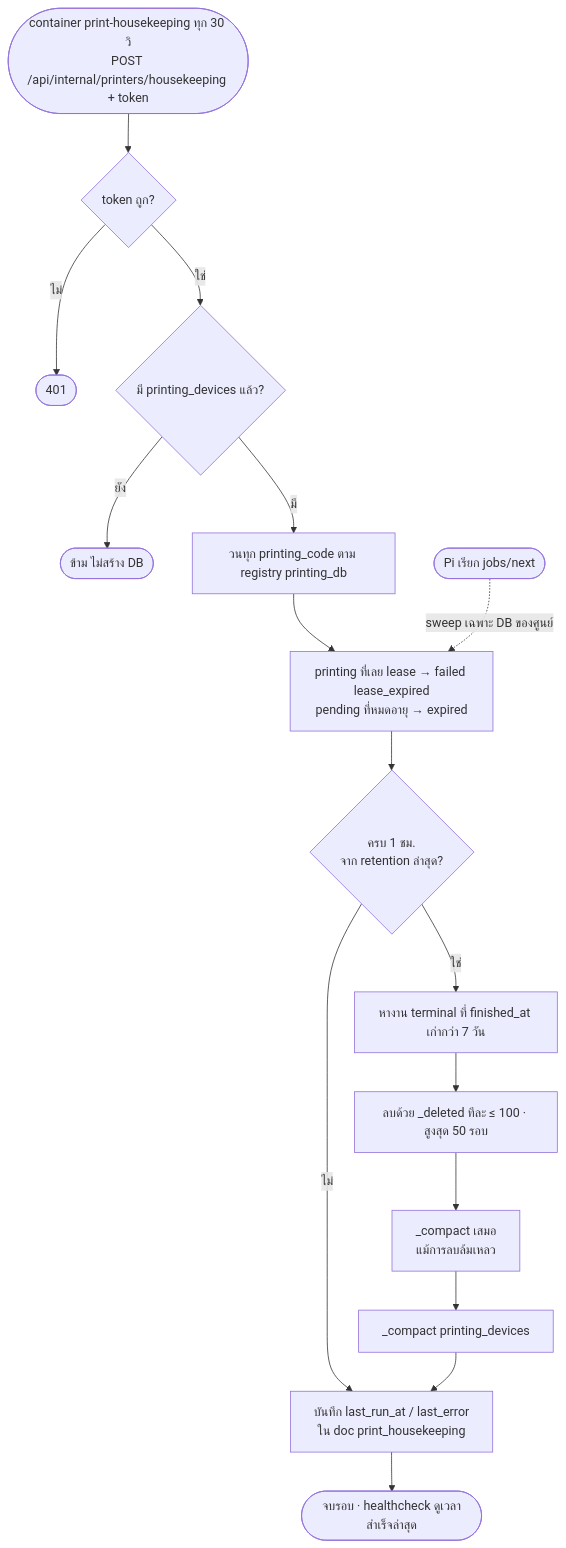
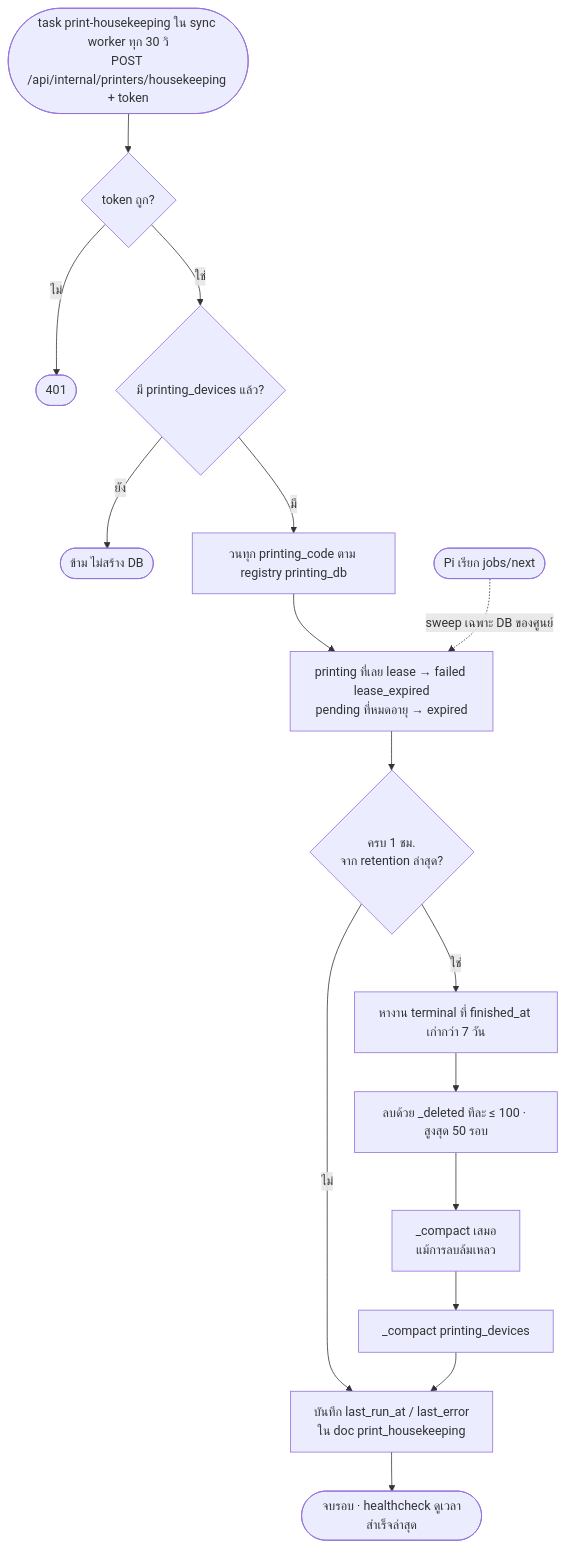
The seventh of 7 diagrams in docs/changes/14-kiosk/CR-222-station-print-server.md (r202-coe-psu/tent), drawn with Mermaid before and after one commit. The commit also changed other lines of this file and 3 other files, not shown here.

Commit message:
docs(printers): move housekeeping caller to the sync worker

````diff
--- a/docs/changes/14-kiosk/CR-222-station-print-server.md
+++ b/docs/changes/14-kiosk/CR-222-station-print-server.md
@@ -366,18 +366,18 @@
 ```mermaid
 flowchart TD
-    T([container print-housekeeping ทุก 30 วิ<br/>POST /api/internal/printers/housekeeping + token]) --> A{token ถูก?}
+    T([task print-housekeeping ใน sync worker ทุก 30 วิ<br/>POST /api/internal/printers/housekeeping + token]) --> A{token ถูก?}
     A -- ไม่ --> X([401])
     A -- ใช่ --> P{มี printing_devices แล้ว?}
     P -- ยัง --> Z([ข้าม ไม่สร้าง DB])
     P -- มี --> L[วนทุก printing_code ตาม registry printing_db]
     L --> S1[printing ที่เลย lease → failed lease_expired<br/>pending ที่หมดอายุ → expired]
     S1 --> RT{ครบ 1 ชม.<br/>จาก retention ล่าสุด?}
     RT -- ไม่ --> W
     RT -- ใช่ --> R1[หางาน terminal ที่ finished_at เก่ากว่า 7 วัน]
     R1 --> R2[ลบด้วย _deleted ทีละ ≤ 100 · สูงสุด 50 รอบ]
     R2 --> R3[_compact เสมอ<br/>แม้การลบล้มเหลว]
     R3 --> R4[_compact printing_devices]
     R4 --> W[บันทึก last_run_at / last_error<br/>ใน doc print_housekeeping]
     W --> E([จบรอบ · healthcheck ดูเวลาสำเร็จล่าสุด])
     J([Pi เรียก jobs/next]) -. sweep เฉพาะ DB ของศูนย์ .-> S1
 ```
````
